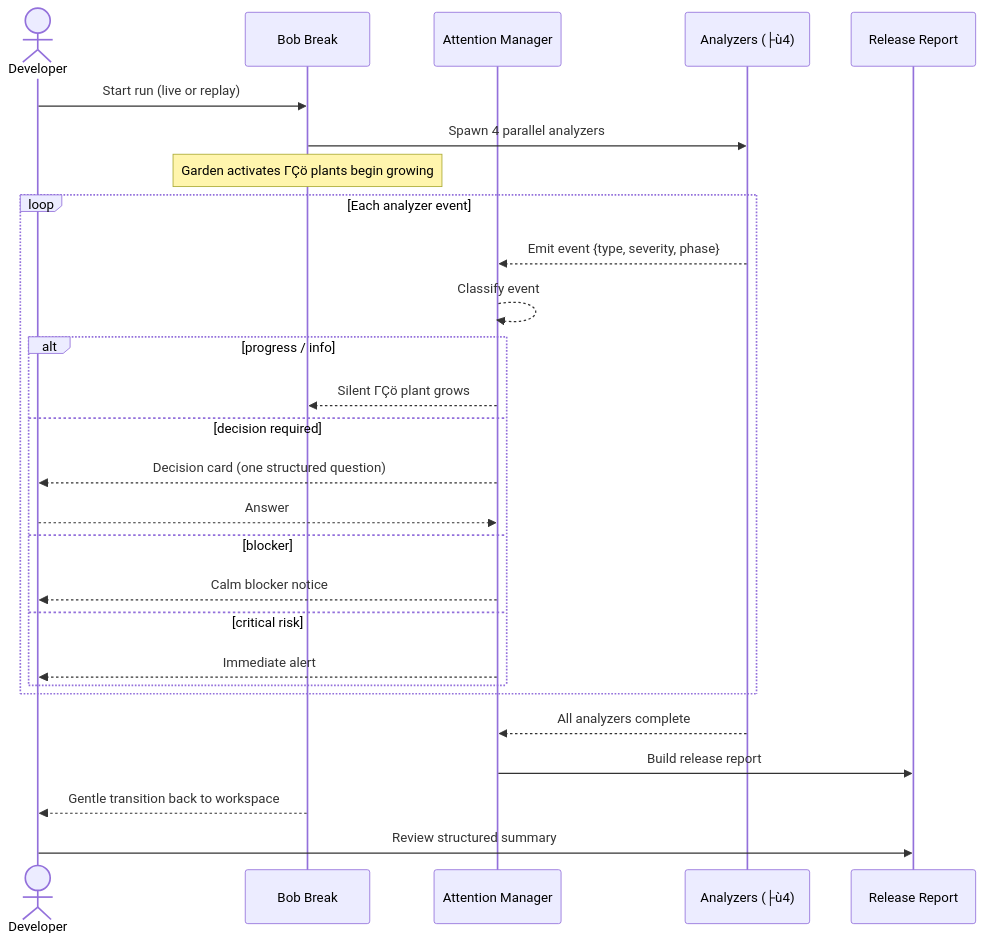
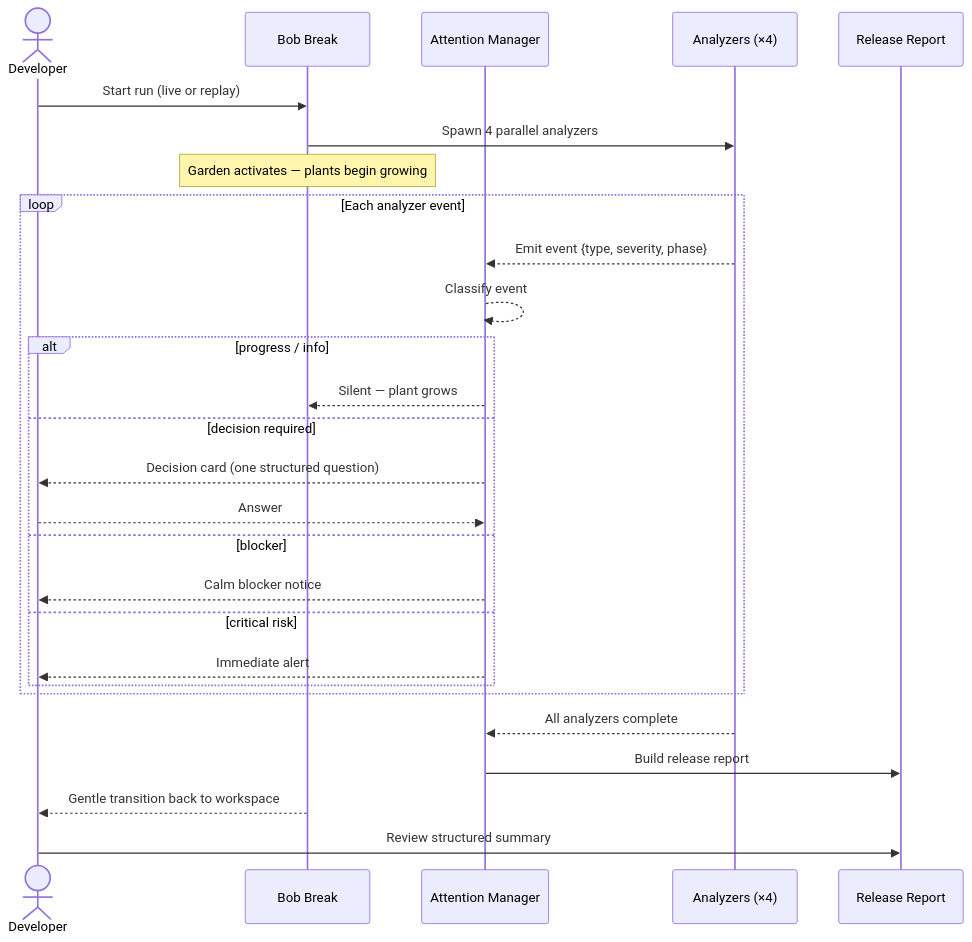
Before and after one commit to TonyINSY6629/Project_for_IBM_Hackathon_Bob_in_Action: the third of 9 diagrams in README.md, drawn with Mermaid. The commit also changed other lines of this file, not shown here.

````diff
--- a/README.md
+++ b/README.md
@@ -134,32 +134,32 @@
 ```mermaid
 sequenceDiagram
     actor Dev as Developer
     participant BB as Bob Break
     participant AM as Attention Manager
-    participant An as Analyzers (├ù4)
+    participant An as Analyzers (×4)
     participant R  as Release Report
 
     Dev->>BB: Start run (live or replay)
     BB->>An: Spawn 4 parallel analyzers
-    Note over BB: Garden activates ΓÇö plants begin growing
+    Note over BB: Garden activates — plants begin growing
 
     loop Each analyzer event
         An-->>AM: Emit event {type, severity, phase}
         AM-->>AM: Classify event
         alt progress / info
-            AM-->>BB: Silent ΓÇö plant grows
+            AM-->>BB: Silent — plant grows
         else decision required
             AM-->>Dev: Decision card (one structured question)
             Dev-->>AM: Answer
         else blocker
             AM-->>Dev: Calm blocker notice
         else critical risk
             AM-->>Dev: Immediate alert
         end
     end
 
     An-->>AM: All analyzers complete
     AM->>R: Build release report
     BB-->>Dev: Gentle transition back to workspace
     Dev->>R: Review structured summary
 ```
````
